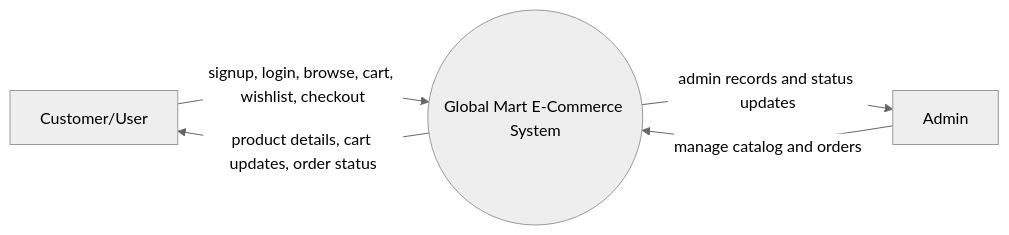
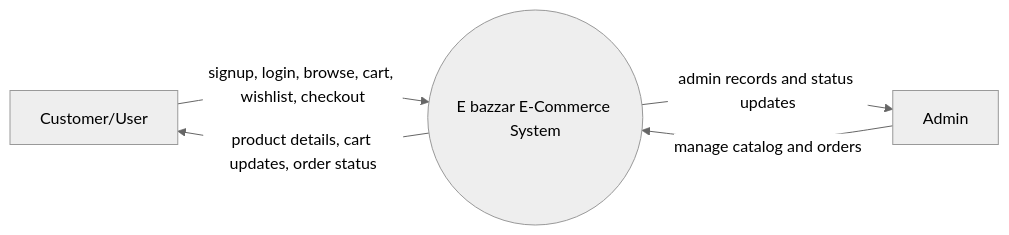
One commit to Kaushik190804/e-commercial changed the diagram in docs/diagrams/DFD_Level_0.mmd. Above: the diagram before and after it, drawn with Mermaid (neutral theme). The commit also changed 25 other files, not shown here.

```diff
--- a/docs/diagrams/DFD_Level_0.mmd
+++ b/docs/diagrams/DFD_Level_0.mmd
@@ -1,10 +1,10 @@
 flowchart LR
     U[Customer/User]
     A[Admin]
-    S((Global Mart E-Commerce System))
+    S((E bazzar E-Commerce System))
 
     U -->|signup, login, browse, cart, wishlist, checkout| S
     S -->|product details, cart updates, order status| U
 
     A -->|manage catalog and orders| S
     S -->|admin records and status updates| A
```
